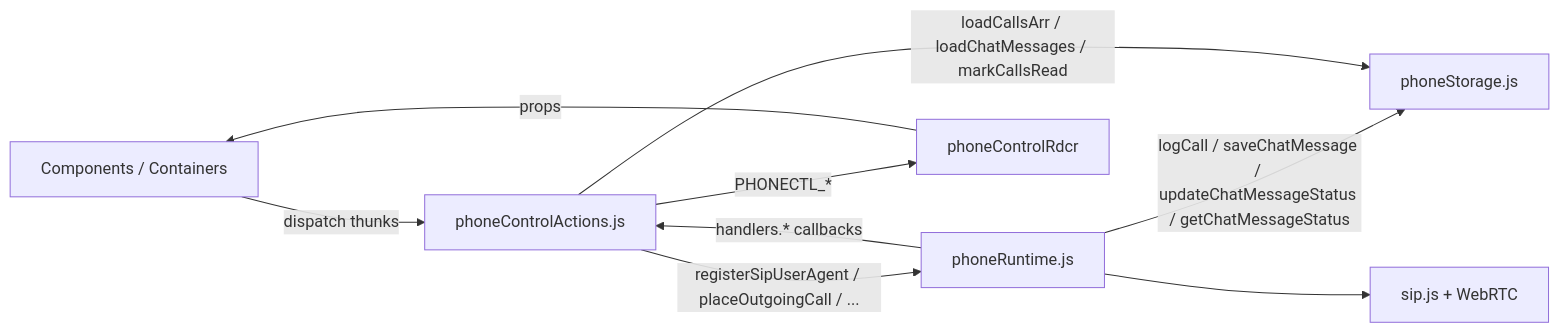
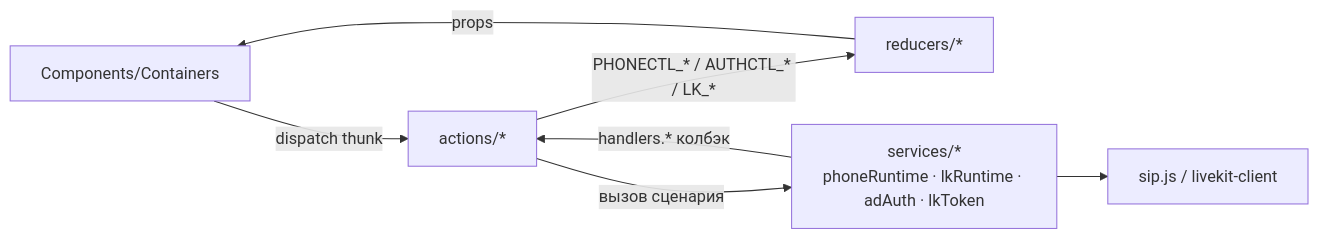
One commit to ars-anosov/sipjs-react changed the first of 4 diagrams in docs/STATE.md. Above: the diagram before and after it, drawn with Mermaid. The commit also changed other lines of this file and 24 other files, not shown here.

````diff
--- a/docs/STATE.md
+++ b/docs/STATE.md
@@ -8,18 +12,15 @@
 ```mermaid
 flowchart LR
-  UI[Components / Containers]
-  ACT[phoneControlActions.js]
-  RT[phoneRuntime.js]
-  ST[phoneStorage.js]
-  RDCR[phoneControlRdcr]
-  SIP[sip.js + WebRTC]
+  UI[Components/Containers]
+  ACT[actions/*]
+  RDCR[reducers/*]
+  SVC[services/*<br/>phoneRuntime · lkRuntime · adAuth · lkToken]
+  EXT[sip.js / livekit-client]
 
-  UI -->|dispatch thunks| ACT
-  ACT -->|registerSipUserAgent / placeOutgoingCall / ...| RT
-  ACT -->|PHONECTL_*| RDCR
-  RT -->|handlers.* callbacks| ACT
-  RT -->|logCall / saveChatMessage / updateChatMessageStatus / getChatMessageStatus| ST
-  ACT -->|loadCallsArr / loadChatMessages / markCallsRead| ST
-  RT --> SIP
+  UI -->|dispatch thunk| ACT
+  ACT -->|PHONECTL_* / AUTHCTL_* / LK_*| RDCR
+  ACT -->|вызов сценария| SVC
+  SVC -->|handlers.* колбэк| ACT
+  SVC --> EXT
   RDCR -->|props| UI
 ```
````
